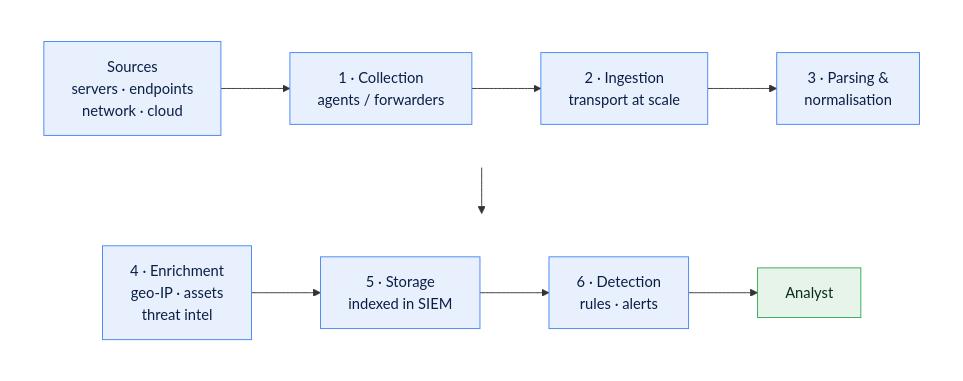
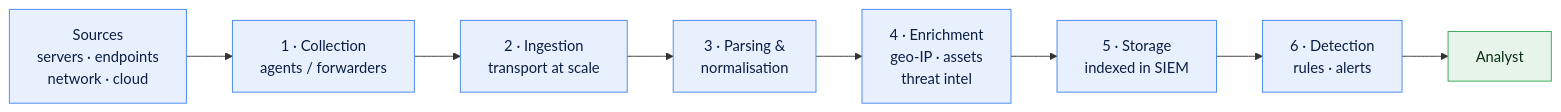
One commit to SasanTazayoni/splunk-soc changed the first of 3 diagrams in README.md. Above: the diagram before and after it, drawn with Mermaid.

Commit message:
Revert data-pipeline diagram to a single row

````diff
--- a/README.md
+++ b/README.md
@@ -336,20 +336,10 @@
 ```mermaid
-flowchart TB
+flowchart LR
     classDef stage fill:#e8f0fe,stroke:#4285f4,color:#0b1f44;
     classDef endp fill:#e6f4ea,stroke:#34a853,color:#0b2e13;
 
-    subgraph row1[" "]
-        direction LR
-        SRC["Sources<br/>servers · endpoints<br/>network · cloud"] --> COL["1 · Collection<br/>agents / forwarders"] --> ING["2 · Ingestion<br/>transport at scale"] --> PAR["3 · Parsing &<br/>normalisation"]
-    end
-    subgraph row2[" "]
-        direction LR
-        ENR["4 · Enrichment<br/>geo-IP · assets<br/>threat intel"] --> STO["5 · Storage<br/>indexed in SIEM"] --> DET["6 · Detection<br/>rules · alerts"] --> AN["Analyst"]
-    end
-    PAR --> ENR
+    SRC["Sources<br/>servers · endpoints<br/>network · cloud"] --> COL["1 · Collection<br/>agents / forwarders"] --> ING["2 · Ingestion<br/>transport at scale"] --> PAR["3 · Parsing &<br/>normalisation"] --> ENR["4 · Enrichment<br/>geo-IP · assets<br/>threat intel"] --> STO["5 · Storage<br/>indexed in SIEM"] --> DET["6 · Detection<br/>rules · alerts"] --> AN["Analyst"]
 
     class SRC,COL,ING,PAR,ENR,STO,DET stage
     class AN endp
-    style row1 fill:none,stroke:none
-    style row2 fill:none,stroke:none
 ```
````
